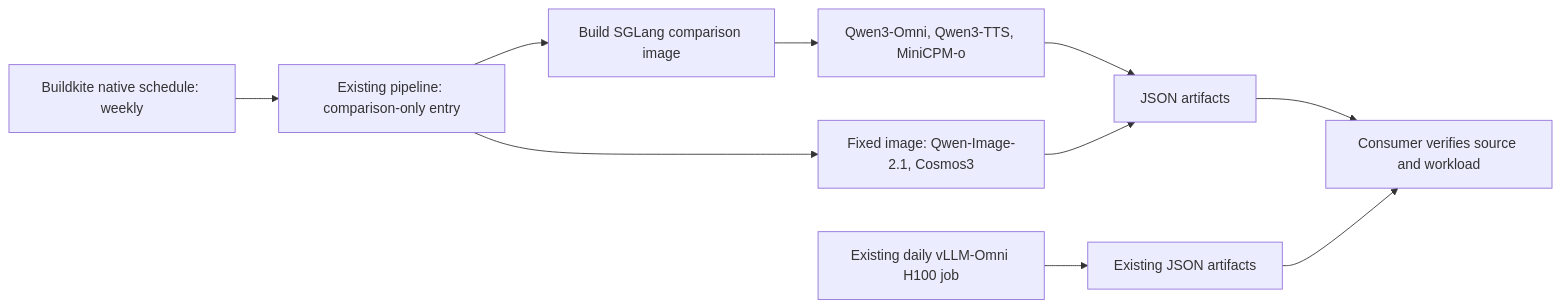
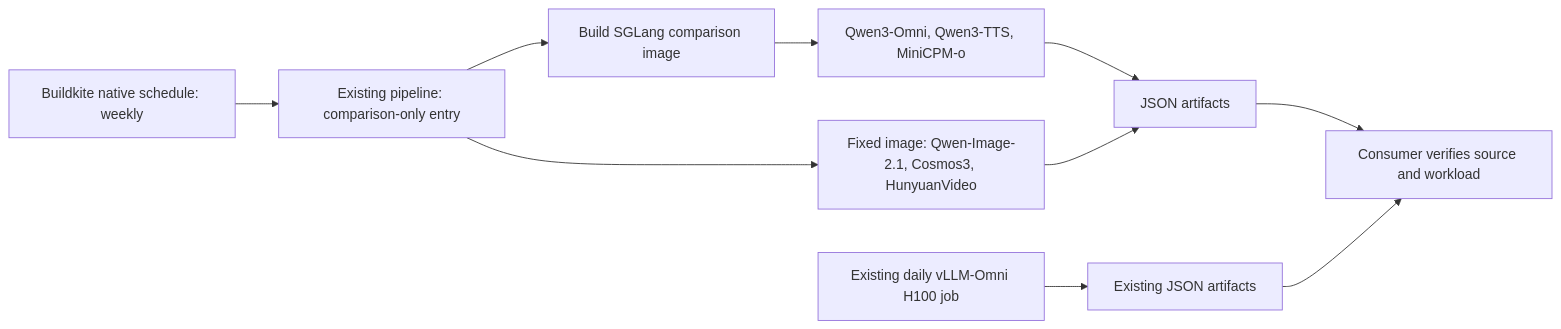
One commit to vllm-project/vllm-omni changed the diagram in docs/contributing/ci/backend_comparison.md. Above: the diagram before and after it, drawn with Mermaid. The commit also changed other lines of this file and 2 other files, not shown here.

Commit message:
[CI/Build] Promote validated HunyuanVideo comparison to weekly

````diff
--- a/docs/contributing/ci/backend_comparison.md
+++ b/docs/contributing/ci/backend_comparison.md
@@ -9,12 +9,12 @@
 ```mermaid
 flowchart LR
     S[Buildkite native schedule: weekly] --> P[Existing pipeline: comparison-only entry]
     P --> I[Build SGLang comparison image]
     I --> B[Qwen3-Omni, Qwen3-TTS, MiniCPM-o]
-    P --> D[Fixed image: Qwen-Image-2.1, Cosmos3]
+    P --> D[Fixed image: Qwen-Image-2.1, Cosmos3, HunyuanVideo]
     B --> A[JSON artifacts]
     D --> A
     N[Existing daily vLLM-Omni H100 job] --> V[Existing JSON artifacts]
     A --> C[Consumer verifies source and workload]
     V --> C
 ```
````
